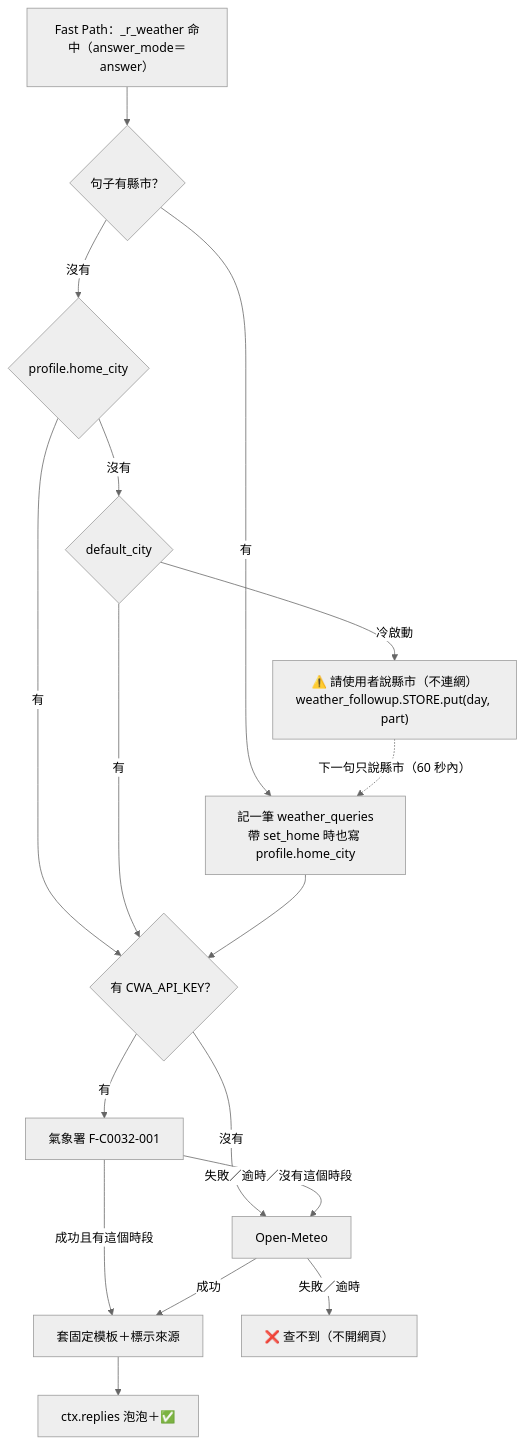
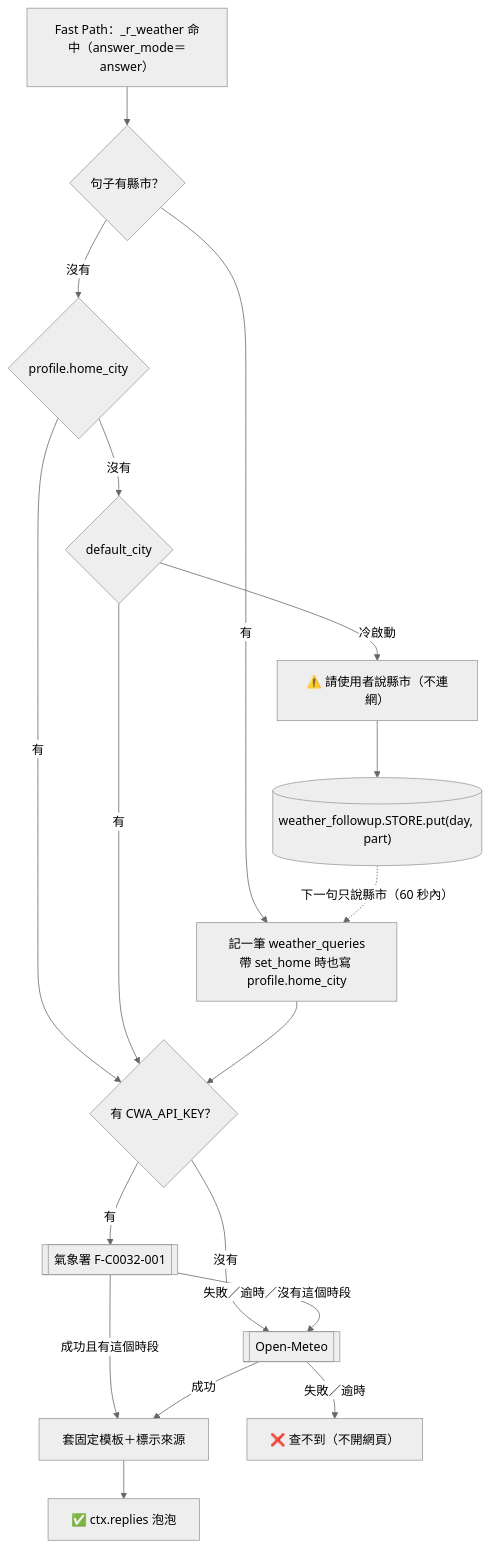
One commit to young878787/mac_ai_control changed the third of 5 diagrams in docs/flows/main-flow.md. Above: the diagram before and after it, drawn with Mermaid (neutral theme). The commit also changed other lines of this file and 4 other files, not shown here.

Commit message:
docs: 流程圖改成新規範，加上 test_docs_flows 檢查（T1～T11）與依賴契約計畫的實測結果

````diff
--- a/docs/flows/main-flow.md
+++ b/docs/flows/main-flow.md
@@ -142,19 +153,20 @@
 ```mermaid
 flowchart TD
-    M["Fast Path：_r_weather 命中（answer_mode＝answer）"] --> C{句子有縣市？}
-    C -- 有 --> R["記一筆 weather_queries<br/>帶 set_home 時也寫 profile.home_city"]
-    C -- 沒有 --> H{"profile.home_city"}
-    H -- 有 --> L
-    H -- 沒有 --> D{default_city}
-    D -- 有 --> L
-    D -- 冷啟動 --> W["⚠️ 請使用者說縣市（不連網）<br/>weather_followup.STORE.put(day, part)"]
-    W -. 下一句只說縣市（60 秒內） .-> R
-    R --> L{有 CWA_API_KEY？}
-    L -- 有 --> G[氣象署 F-C0032-001]
-    L -- 沒有 --> O
-    G -- 成功且有這個時段 --> T[套固定模板＋標示來源]
-    G -- 失敗／逾時／沒有這個時段 --> O[Open-Meteo]
-    O -- 成功 --> T
-    O -- 失敗／逾時 --> E["❌ 查不到（不開網頁）"]
-    T --> P["ctx.replies 泡泡＋✅"]
+    WeatherHit["Fast Path：_r_weather 命中（answer_mode＝answer）"] --> HasCity{"句子有縣市？"}
+    HasCity -- "有" --> Record["記一筆 weather_queries<br/>帶 set_home 時也寫 profile.home_city"]
+    HasCity -- "沒有" --> Home{"profile.home_city"}
+    Home -- "有" --> HasKey
+    Home -- "沒有" --> DefaultCity{"default_city"}
+    DefaultCity -- "有" --> HasKey
+    DefaultCity -- "冷啟動" --> AskCity["⚠️ 請使用者說縣市（不連網）"]
+    AskCity --> Pending[("weather_followup.STORE.put(day, part)")]
+    Pending -. "下一句只說縣市（60 秒內）" .-> Record
+    Record --> HasKey{"有 CWA_API_KEY？"}
+    HasKey -- "有" --> Cwa[["氣象署 F-C0032-001"]]
+    HasKey -- "沒有" --> OpenMeteo
+    Cwa -- "成功且有這個時段" --> Template["套固定模板＋標示來源"]
+    Cwa -- "失敗／逾時／沒有這個時段" --> OpenMeteo[["Open-Meteo"]]
+    OpenMeteo -- "成功" --> Template
+    OpenMeteo -- "失敗／逾時" --> NoData["❌ 查不到（不開網頁）"]
+    Template --> Reply["✅ ctx.replies 泡泡"]
 ```
````
